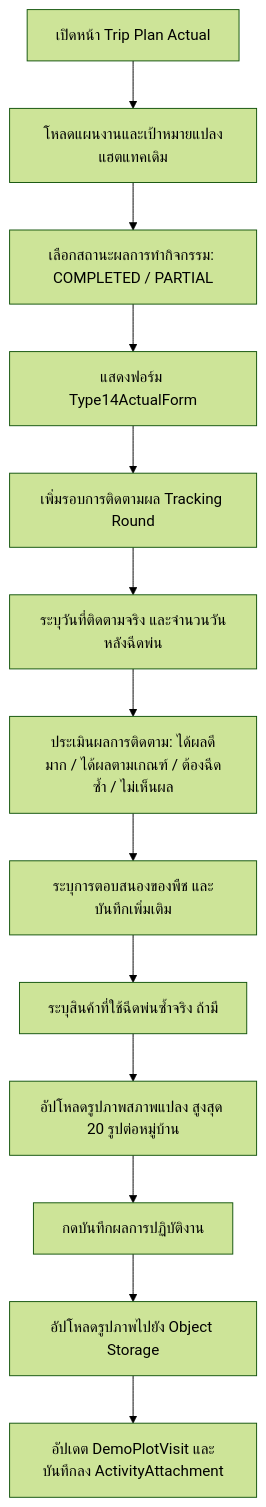
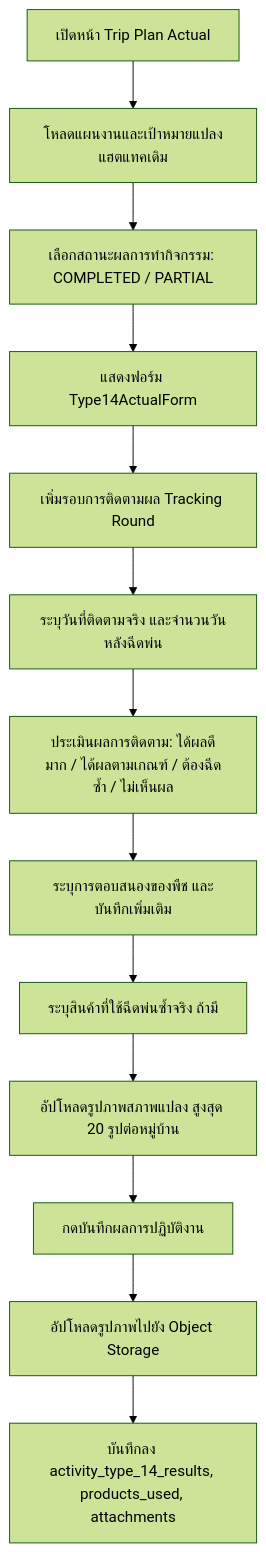
Before and after one commit to bankhk10/crm-bank: the second of 3 diagrams in modules/activity/features/type-14/README.md, drawn with Mermaid (forest theme). The commit also changed other lines of this file and 39 other files, not shown here.

````diff
--- a/modules/activity/features/type-14/README.md
+++ b/modules/activity/features/type-14/README.md
@@ -68,15 +63,15 @@
 ```mermaid
 graph TD
     A[เปิดหน้า Trip Plan Actual] --> B[โหลดแผนงานและเป้าหมายแปลงแฮตแทคเดิม]
     B --> C[เลือกสถานะผลการทำกิจกรรม: COMPLETED / PARTIAL]
     C --> D[แสดงฟอร์ม Type14ActualForm]
     D --> E[เพิ่มรอบการติดตามผล Tracking Round]
     E --> F[ระบุวันที่ติดตามจริง และจำนวนวันหลังฉีดพ่น]
     F --> G[ประเมินผลการติดตาม: ได้ผลดีมาก / ได้ผลตามเกณฑ์ / ต้องฉีดซ้ำ / ไม่เห็นผล]
     G --> H[ระบุการตอบสนองของพืช และบันทึกเพิ่มเติม]
     H --> I[ระบุสินค้าที่ใช้ฉีดพ่นซ้ำจริง ถ้ามี]
     I --> J[อัปโหลดรูปภาพสภาพแปลง สูงสุด 20 รูปต่อหมู่บ้าน]
     J --> K[กดบันทึกผลการปฏิบัติงาน]
     K --> L[อัปโหลดรูปภาพไปยัง Object Storage]
-    L --> M[อัปเดต DemoPlotVisit และบันทึกลง ActivityAttachment]
+    L --> M[บันทึกลง activity_type_14_results, products_used, attachments]
 ```
````
